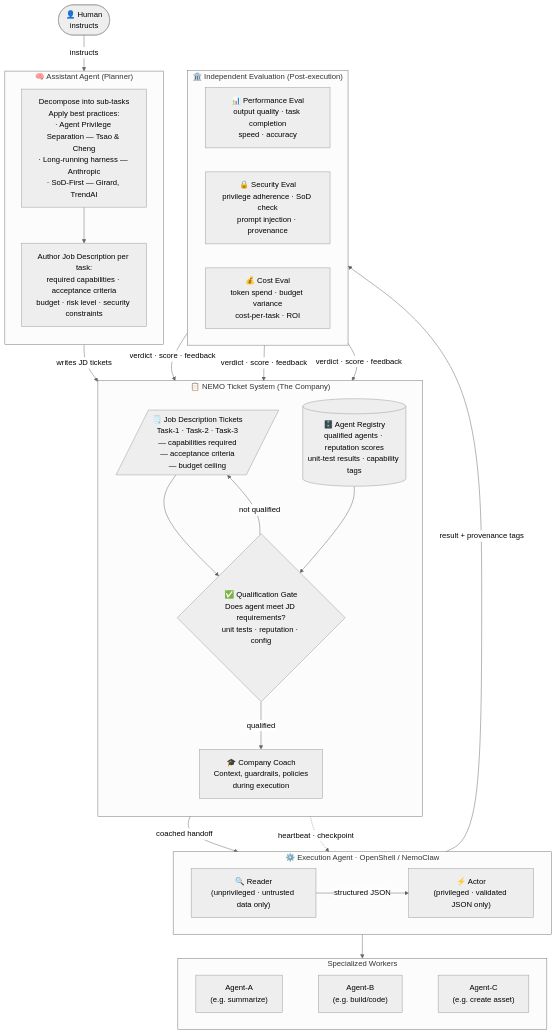
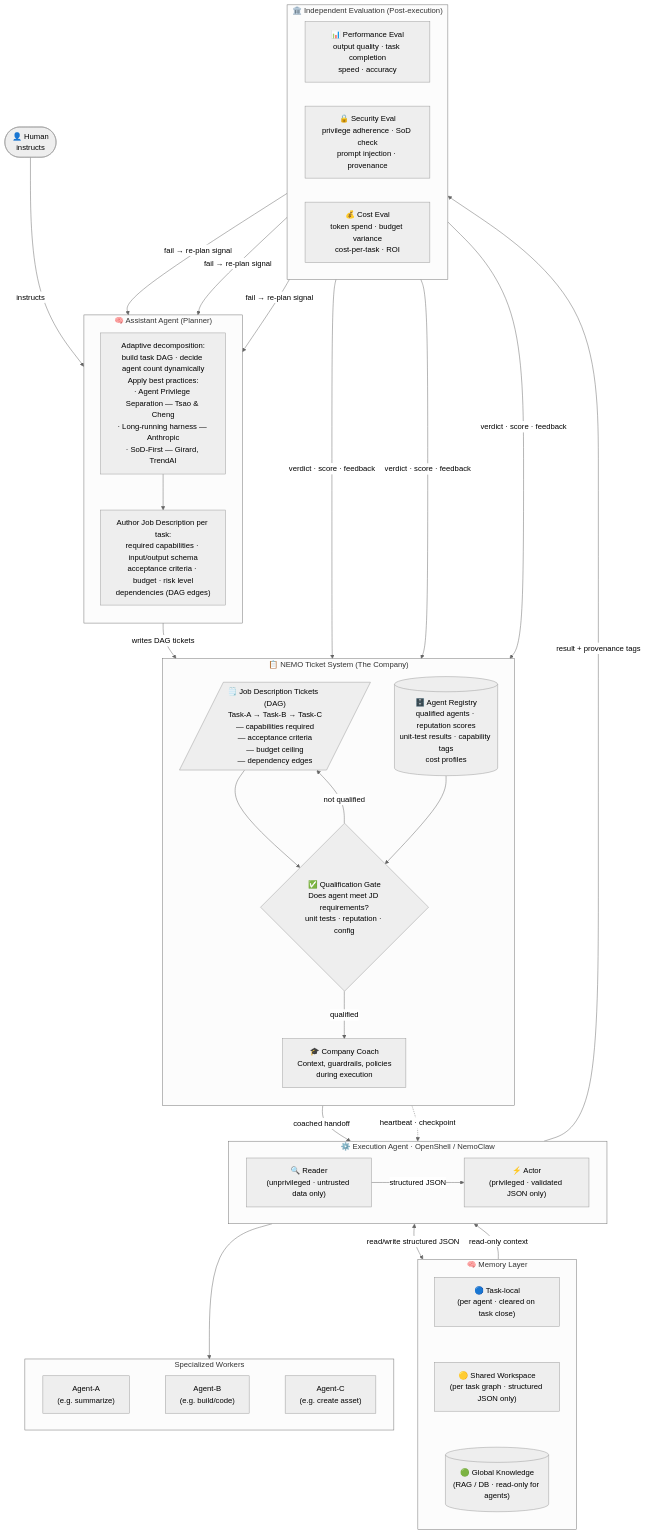
The diagram in findingnemo/spec.md (sparktsao/tech-study-notes), drawn with Mermaid (neutral theme) before and after one commit. The commit also changed other lines of this file, not shown here.

First line of the commit message:
refine spec with v2 architecture critique: DAG, memory, iteration loop, Paperclip positioning

````diff
--- a/findingnemo/spec.md
+++ b/findingnemo/spec.md
@@ -77,50 +107,61 @@
 ```mermaid
 flowchart TD
     H(["👤 Human\ninstructs"])
 
     subgraph PLANNER["🧠 Assistant Agent  (Planner)"]
         direction TB
-        BP["Decompose into sub-tasks\nApply best practices:\n· Agent Privilege Separation — Tsao & Cheng\n· Long-running harness — Anthropic\n· SoD-First — Girard, TrendAI"]
-        CHK["Author Job Description per task:\nrequired capabilities · acceptance criteria\nbudget · risk level · security constraints"]
+        BP["Adaptive decomposition:\nbuild task DAG · decide agent count dynamically\nApply best practices:\n· Agent Privilege Separation — Tsao & Cheng\n· Long-running harness — Anthropic\n· SoD-First — Girard, TrendAI"]
+        CHK["Author Job Description per task:\nrequired capabilities · input/output schema\nacceptance criteria · budget · risk level\ndependencies (DAG edges)"]
         BP --> CHK
     end
 
     subgraph COMPANY["📋 NEMO Ticket System  (The Company)"]
         direction TB
-        JD[/"🗒️ Job Description Tickets\nTask-1 · Task-2 · Task-3\n— capabilities required\n— acceptance criteria\n— budget ceiling"/]
-        REG[("🗄️ Agent Registry\nqualified agents · reputation scores\nunit-test results · capability tags")]
+        JD[/"🗒️ Job Description Tickets  (DAG)\nTask-A → Task-B → Task-C\n— capabilities required\n— acceptance criteria\n— budget ceiling\n— dependency edges"/]
+        REG[("🗄️ Agent Registry\nqualified agents · reputation scores\nunit-test results · capability tags\ncost profiles")]
         GATE{"✅ Qualification Gate\nDoes agent meet JD requirements?\nunit tests · reputation · config"}
         COACH["🎓 Company Coach\nContext, guardrails, policies\nduring execution"]
         JD --> GATE
         REG --> GATE
         GATE -->|"qualified"| COACH
         GATE -->|"not qualified"| JD
+    end
+
+    subgraph MEMORY["🧠 Memory Layer"]
+        direction TB
+        ML["🔵 Task-local\n(per agent · cleared on task close)"]
+        MW["🟡 Shared Workspace\n(per task graph · structured JSON only)"]
+        MG[("🟢 Global Knowledge\n(RAG / DB · read-only for agents)")]
+        ML ~~~ MW ~~~ MG
     end
 
     subgraph EXEC["⚙️ Execution Agent  ·  OpenShell / NemoClaw"]
         direction LR
         READER["🔍 Reader\n(unprivileged · untrusted data only)"]
         ACTOR["⚡ Actor\n(privileged · validated JSON only)"]
         READER -->|"structured JSON"| ACTOR
     end
 
     subgraph WORKERS["Specialized Workers"]
         direction LR
         AA["Agent-A\n(e.g. summarize)"] ~~~ AB["Agent-B\n(e.g. build/code)"] ~~~ AC["Agent-C\n(e.g. create asset)"]
     end
 
     subgraph EVAL3["🏛️ Independent Evaluation  (Post-execution)"]
         direction LR
         EP["📊 Performance Eval\noutput quality · task completion\nspeed · accuracy"]
         ES["🔒 Security Eval\nprivilege adherence · SoD check\nprompt injection · provenance"]
         EC["💰 Cost Eval\ntoken spend · budget variance\ncost-per-task · ROI"]
     end
 
     H -->|instructs| PLANNER
-    PLANNER -->|"writes JD tickets"| JD
+    PLANNER -->|"writes DAG tickets"| JD
     COACH -->|"coached handoff"| EXEC
     EXEC --> WORKERS
+    EXEC <-->|"read/write structured JSON"| MW
     EXEC -->|"result + provenance tags"| EVAL3
+    MG -->|"read-only context"| EXEC
     EP & ES & EC -->|"verdict · score · feedback"| COMPANY
+    EP & ES & EC -->|"fail → re-plan signal"| PLANNER
     COMPANY -.->|"heartbeat · checkpoint"| EXEC
 ```
````
